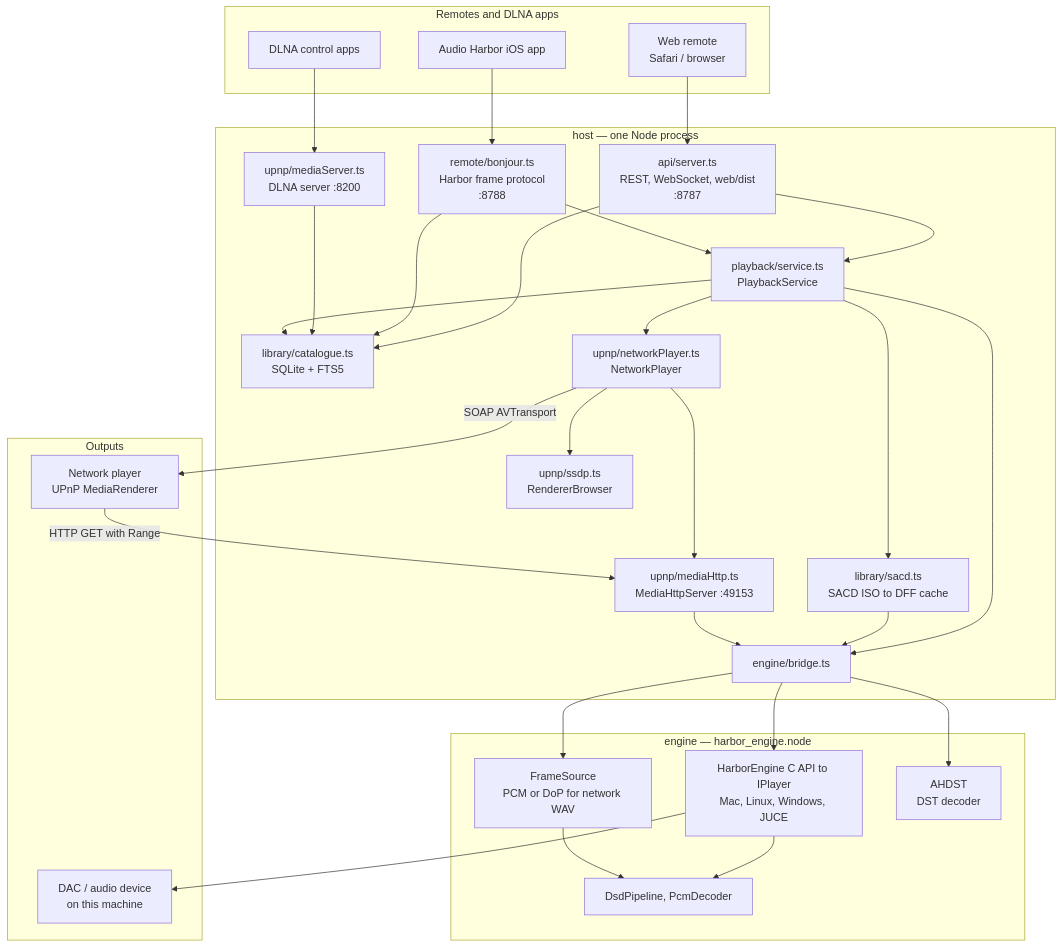
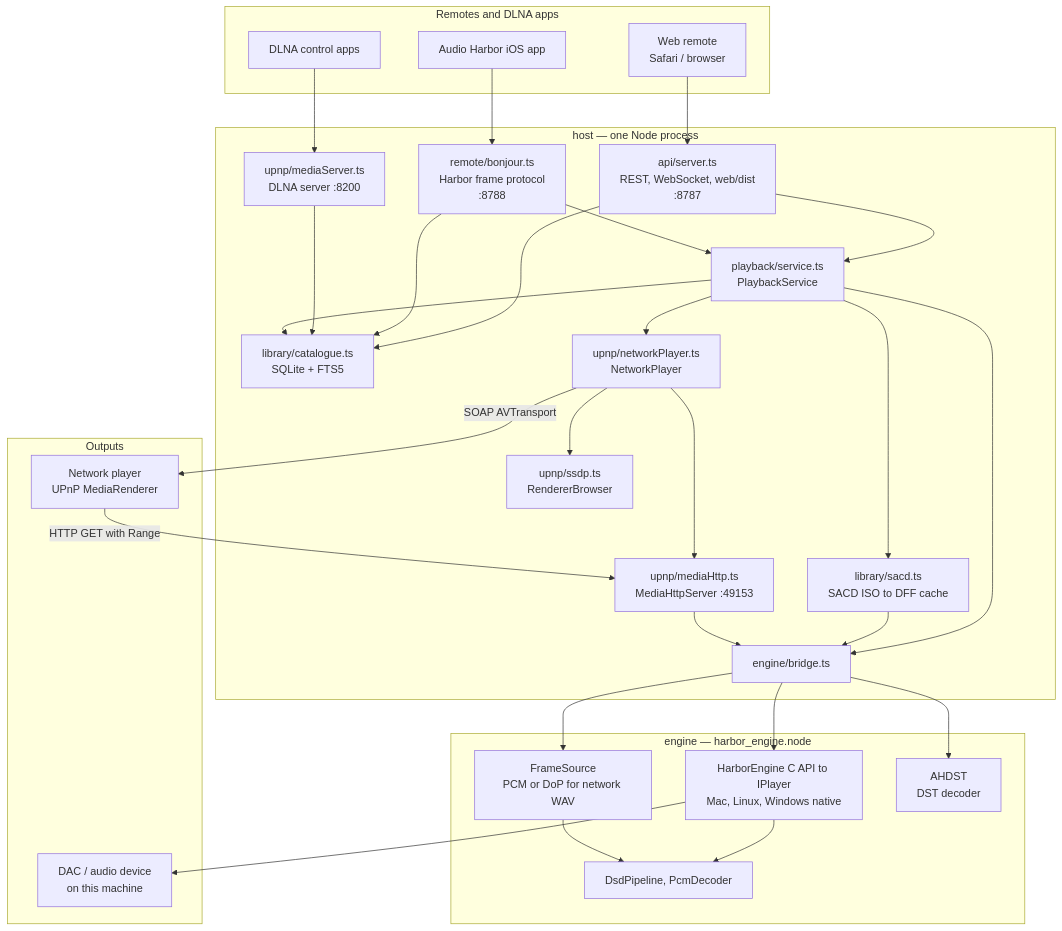
Before and after one commit to petergerov/audio-harbor-headless: the first of 2 diagrams in docs/ARCHITECTURE.md, drawn with Mermaid. The commit also changed other lines of this file and 24 other files, not shown here.

First line of the commit message:
Remove JUCE; ship native-only Core Audio / ALSA / WASAPI.

````diff
--- a/docs/ARCHITECTURE.md
+++ b/docs/ARCHITECTURE.md
@@ -18,58 +18,58 @@
 ```mermaid
 flowchart TB
   subgraph clients["Remotes and DLNA apps"]
     webui["Web remote<br/>Safari / browser"]
     ios["Audio Harbor iOS app"]
     dlnaapp["DLNA control apps"]
   end
 
   subgraph host["host — one Node process"]
     api["api/server.ts<br/>REST, WebSocket, web/dist<br/>:8787"]
     bonjour["remote/bonjour.ts<br/>Harbor frame protocol<br/>:8788"]
     mediaserver["upnp/mediaServer.ts<br/>DLNA server :8200"]
     playback["playback/service.ts<br/>PlaybackService"]
     catalogue["library/catalogue.ts<br/>SQLite + FTS5"]
     sacd["library/sacd.ts<br/>SACD ISO to DFF cache"]
     netplayer["upnp/networkPlayer.ts<br/>NetworkPlayer"]
     ssdp["upnp/ssdp.ts<br/>RendererBrowser"]
     mediahttp["upnp/mediaHttp.ts<br/>MediaHttpServer :49153"]
     bridge["engine/bridge.ts"]
   end
 
   subgraph engine["engine — harbor_engine.node"]
-    players["HarborEngine C API to IPlayer<br/>Mac, Linux, Windows, JUCE"]
+    players["HarborEngine C API to IPlayer<br/>Mac, Linux, Windows native"]
     framesrc["FrameSource<br/>PCM or DoP for network WAV"]
     dst["AHDST<br/>DST decoder"]
     dsd["DsdPipeline, PcmDecoder"]
   end
 
   subgraph outputs["Outputs"]
     dac["DAC / audio device<br/>on this machine"]
     renderer["Network player<br/>UPnP MediaRenderer"]
   end
 
   webui --> api
   ios --> bonjour
   dlnaapp --> mediaserver
   api --> playback
   bonjour --> playback
   api --> catalogue
   bonjour --> catalogue
   mediaserver --> catalogue
   playback --> catalogue
   playback --> bridge
   playback --> netplayer
   playback --> sacd
   netplayer --> ssdp
   netplayer --> mediahttp
   sacd --> bridge
   mediahttp --> bridge
   bridge --> players
   bridge --> framesrc
   bridge --> dst
   players --> dsd
   framesrc --> dsd
   players --> dac
   netplayer -->|SOAP AVTransport| renderer
   renderer -->|HTTP GET with Range| mediahttp
 ```
````
